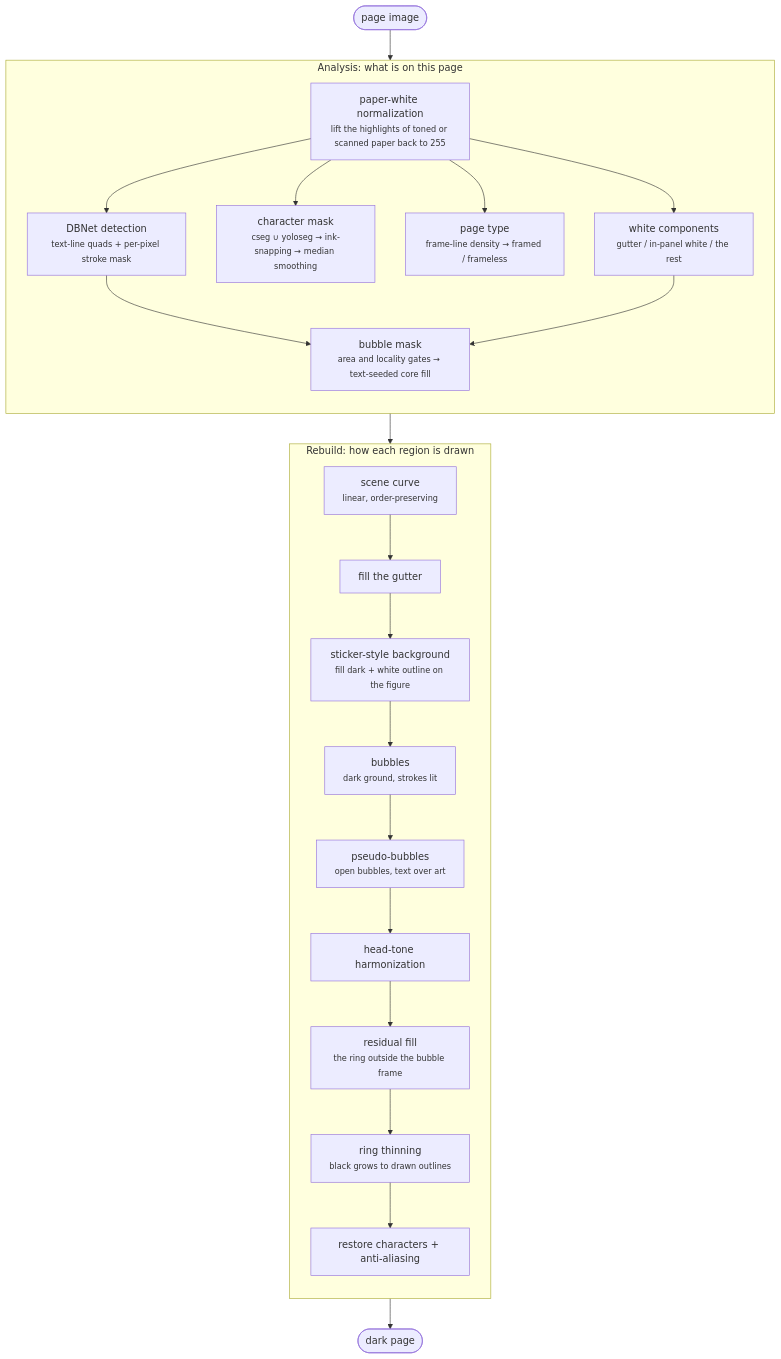
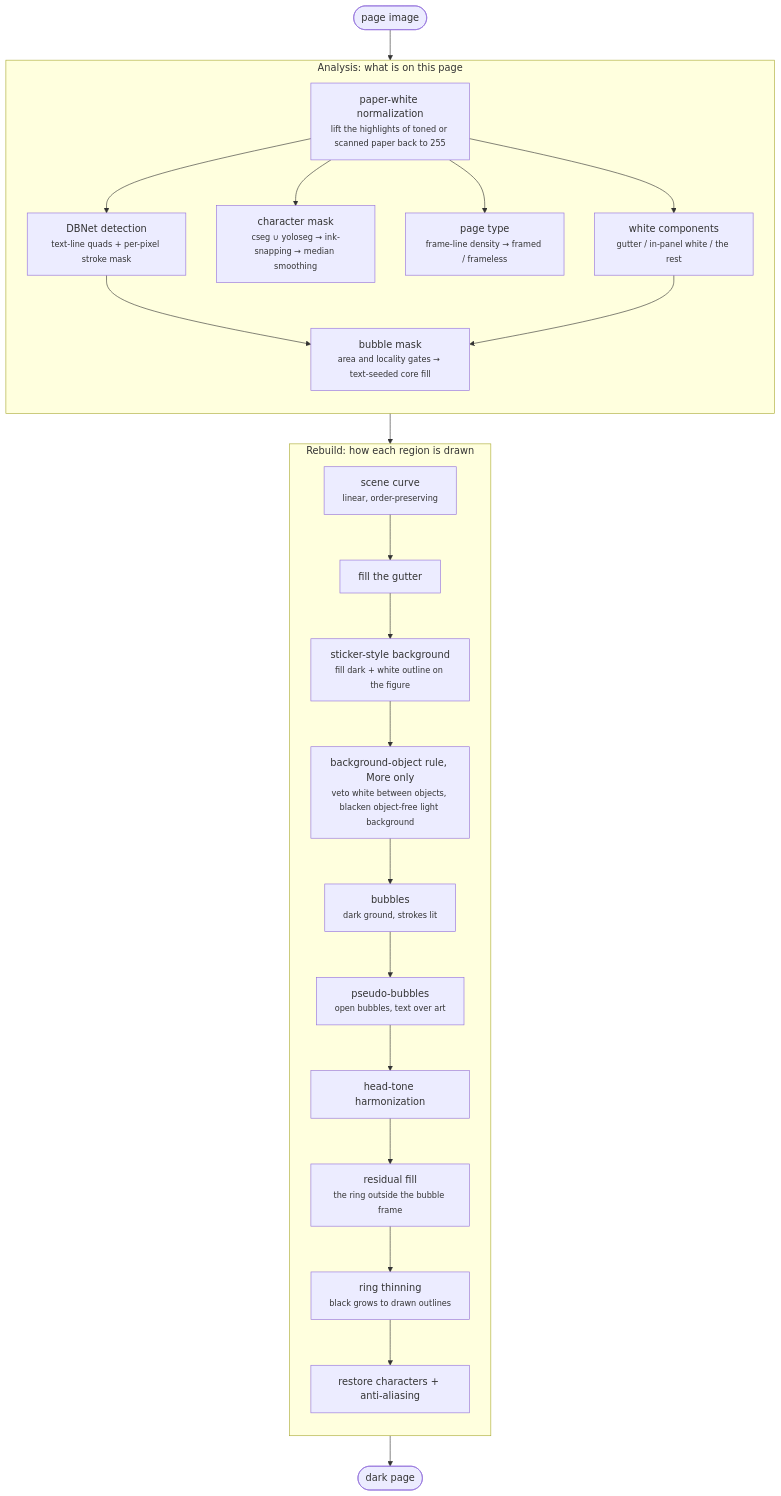
The first of 2 diagrams in docs/ARCHITECTURE.md (joyeli/yakuyomi-nightread), drawn with Mermaid before and after one commit. The commit also changed other lines of this file and 8 other files, not shown here.

First line of the commit message:
「更多」背景物件規則文件＋記憶體收尾：DECISIONS 新增一節與規則版本 3 歷史列、PARAMETERS（中英）、ARCHITECTURE（中英）、nightread README；沒有多收元件就不跑兩趟、字塊外圈逐點找最大標號（47 頁兩檔成品與中間遮罩逐位元不變，最低 heap 與版本 2 相同、c362_013 +2 MB）

````diff
--- a/docs/ARCHITECTURE.md
+++ b/docs/ARCHITECTURE.md
@@ -35,29 +35,30 @@
 ```mermaid
 flowchart TB
     IN([page image]) --> P[paper-white normalization<br/><small>lift the highlights of toned or scanned paper back to 255</small>]
 
     subgraph ANA [Analysis: what is on this page]
         direction TB
         P --> DET[DBNet detection<br/><small>text-line quads + per-pixel stroke mask</small>]
         P --> CM[character mask<br/><small>cseg ∪ yoloseg → ink-snapping → median smoothing</small>]
         P --> PT[page type<br/><small>frame-line density → framed / frameless</small>]
         P --> WC[white components<br/><small>gutter / in-panel white / the rest</small>]
         DET --> BUB[bubble mask<br/><small>area and locality gates → text-seeded core fill</small>]
         WC --> BUB
     end
 
     subgraph SYN [Rebuild: how each region is drawn]
         direction TB
         SC[scene curve<br/><small>linear, order-preserving</small>] --> GUT[fill the gutter]
         GUT --> STK[sticker-style background<br/><small>fill dark + white outline on the figure</small>]
-        STK --> BB[bubbles<br/><small>dark ground, strokes lit</small>]
+        STK --> OBJ[background-object rule, More only<br/><small>veto white between objects, blacken object-free light background</small>]
+        OBJ --> BB[bubbles<br/><small>dark ground, strokes lit</small>]
         BB --> PB[pseudo-bubbles<br/><small>open bubbles, text over art</small>]
         PB --> HM[head-tone harmonization]
         HM --> RST[residual fill<br/><small>the ring outside the bubble frame</small>]
         RST --> RNG[ring thinning<br/><small>black grows to drawn outlines</small>]
         RNG --> RES[restore characters + anti-aliasing]
     end
 
     ANA --> SC
     RES --> OUT([dark page])
 ```
````
